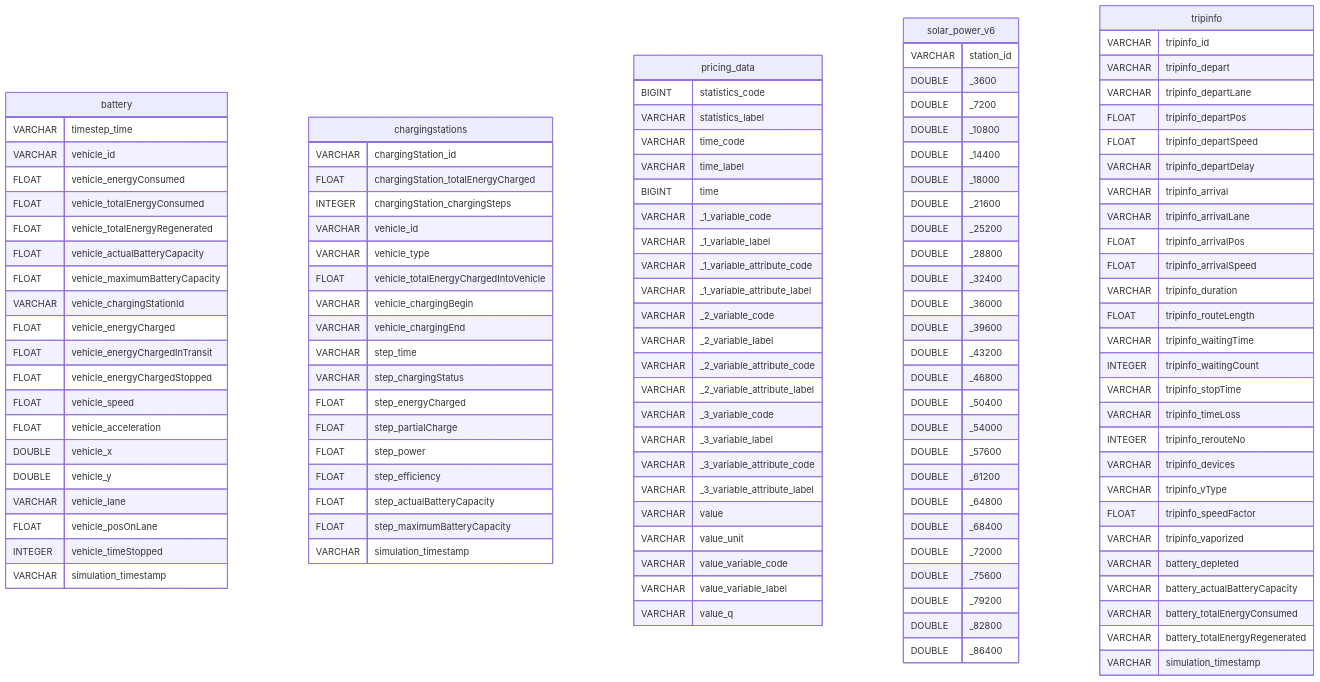
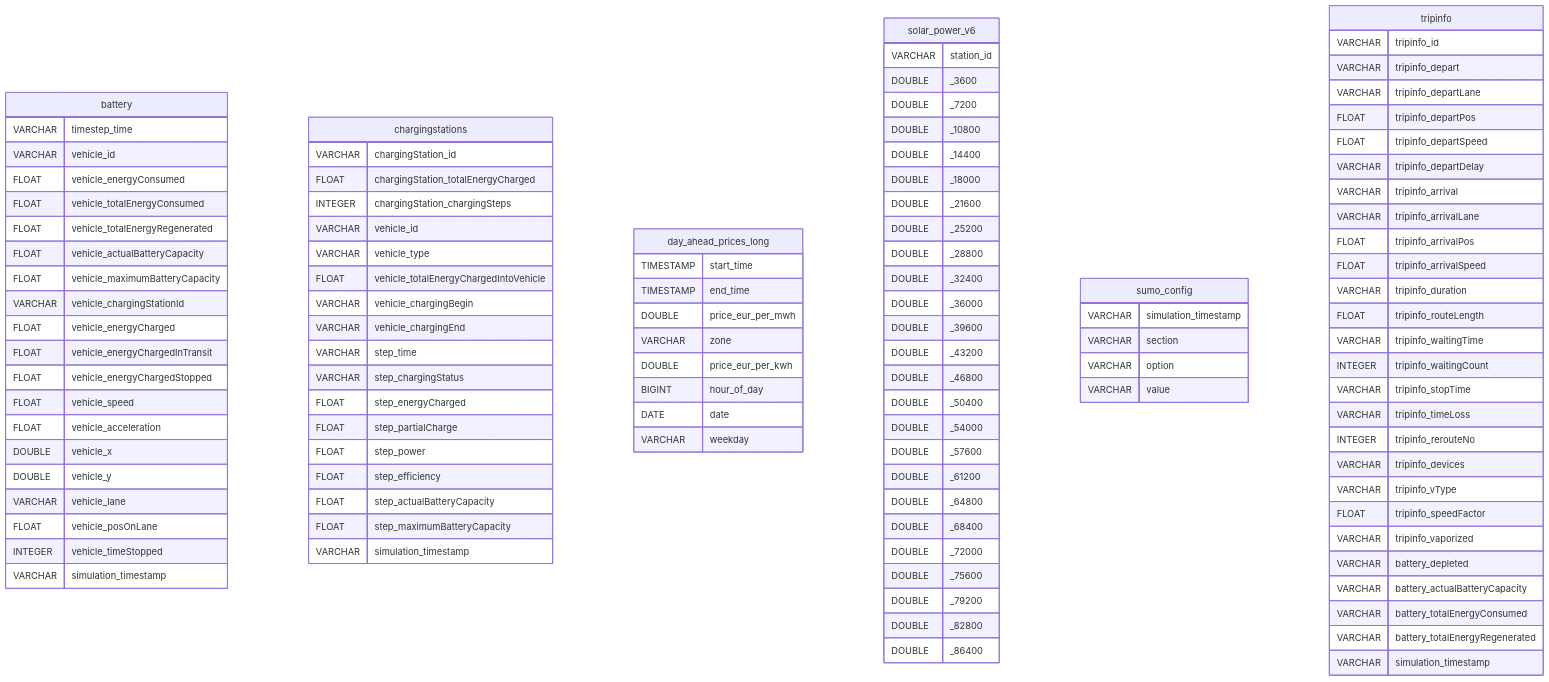
One commit to sven-vorg/best-ebus changed the diagram in scenario/eBuS/docs/schema.mmd. Above: the diagram before and after it, drawn with Mermaid. The commit also changed 26 other files, not shown here.

```diff
--- a/scenario/eBuS/docs/schema.mmd
+++ b/scenario/eBuS/docs/schema.mmd
@@ -1,120 +1,112 @@
 erDiagram
     battery {
         VARCHAR timestep_time
         VARCHAR vehicle_id
         FLOAT vehicle_energyConsumed
         FLOAT vehicle_totalEnergyConsumed
         FLOAT vehicle_totalEnergyRegenerated
         FLOAT vehicle_actualBatteryCapacity
         FLOAT vehicle_maximumBatteryCapacity
         VARCHAR vehicle_chargingStationId
         FLOAT vehicle_energyCharged
         FLOAT vehicle_energyChargedInTransit
         FLOAT vehicle_energyChargedStopped
         FLOAT vehicle_speed
         FLOAT vehicle_acceleration
         DOUBLE vehicle_x
         DOUBLE vehicle_y
         VARCHAR vehicle_lane
         FLOAT vehicle_posOnLane
         INTEGER vehicle_timeStopped
         VARCHAR simulation_timestamp
     }
     chargingstations {
         VARCHAR chargingStation_id
         FLOAT chargingStation_totalEnergyCharged
         INTEGER chargingStation_chargingSteps
         VARCHAR vehicle_id
         VARCHAR vehicle_type
         FLOAT vehicle_totalEnergyChargedIntoVehicle
         VARCHAR vehicle_chargingBegin
         VARCHAR vehicle_chargingEnd
         VARCHAR step_time
         VARCHAR step_chargingStatus
         FLOAT step_energyCharged
         FLOAT step_partialCharge
         FLOAT step_power
         FLOAT step_efficiency
         FLOAT step_actualBatteryCapacity
         FLOAT step_maximumBatteryCapacity
         VARCHAR simulation_timestamp
     }
-    pricing_data {
-        BIGINT statistics_code
-        VARCHAR statistics_label
-        VARCHAR time_code
-        VARCHAR time_label
-        BIGINT time
-        VARCHAR _1_variable_code
-        VARCHAR _1_variable_label
-        VARCHAR _1_variable_attribute_code
-        VARCHAR _1_variable_attribute_label
-        VARCHAR _2_variable_code
-        VARCHAR _2_variable_label
-        VARCHAR _2_variable_attribute_code
-        VARCHAR _2_variable_attribute_label
-        VARCHAR _3_variable_code
-        VARCHAR _3_variable_label
-        VARCHAR _3_variable_attribute_code
-        VARCHAR _3_variable_attribute_label
-        VARCHAR value
-        VARCHAR value_unit
-        VARCHAR value_variable_code
-        VARCHAR value_variable_label
-        VARCHAR value_q
+    day_ahead_prices_long {
+        TIMESTAMP start_time
+        TIMESTAMP end_time
+        DOUBLE price_eur_per_mwh
+        VARCHAR zone
+        DOUBLE price_eur_per_kwh
+        BIGINT hour_of_day
+        DATE date
+        VARCHAR weekday
     }
     solar_power_v6 {
         VARCHAR station_id
         DOUBLE _3600
         DOUBLE _7200
         DOUBLE _10800
         DOUBLE _14400
         DOUBLE _18000
         DOUBLE _21600
         DOUBLE _25200
         DOUBLE _28800
         DOUBLE _32400
         DOUBLE _36000
         DOUBLE _39600
         DOUBLE _43200
         DOUBLE _46800
         DOUBLE _50400
         DOUBLE _54000
         DOUBLE _57600
         DOUBLE _61200
         DOUBLE _64800
         DOUBLE _68400
         DOUBLE _72000
         DOUBLE _75600
         DOUBLE _79200
         DOUBLE _82800
         DOUBLE _86400
+    }
+    sumo_config {
+        VARCHAR simulation_timestamp
+        VARCHAR section
+        VARCHAR option
+        VARCHAR value
     }
     tripinfo {
         VARCHAR tripinfo_id
         VARCHAR tripinfo_depart
         VARCHAR tripinfo_departLane
         FLOAT tripinfo_departPos
         FLOAT tripinfo_departSpeed
         VARCHAR tripinfo_departDelay
         VARCHAR tripinfo_arrival
         VARCHAR tripinfo_arrivalLane
         FLOAT tripinfo_arrivalPos
         FLOAT tripinfo_arrivalSpeed
         VARCHAR tripinfo_duration
         FLOAT tripinfo_routeLength
         VARCHAR tripinfo_waitingTime
         INTEGER tripinfo_waitingCount
         VARCHAR tripinfo_stopTime
         VARCHAR tripinfo_timeLoss
         INTEGER tripinfo_rerouteNo
         VARCHAR tripinfo_devices
         VARCHAR tripinfo_vType
         FLOAT tripinfo_speedFactor
         VARCHAR tripinfo_vaporized
         VARCHAR battery_depleted
         VARCHAR battery_actualBatteryCapacity
         VARCHAR battery_totalEnergyConsumed
         VARCHAR battery_totalEnergyRegenerated
         VARCHAR simulation_timestamp
     }
```
